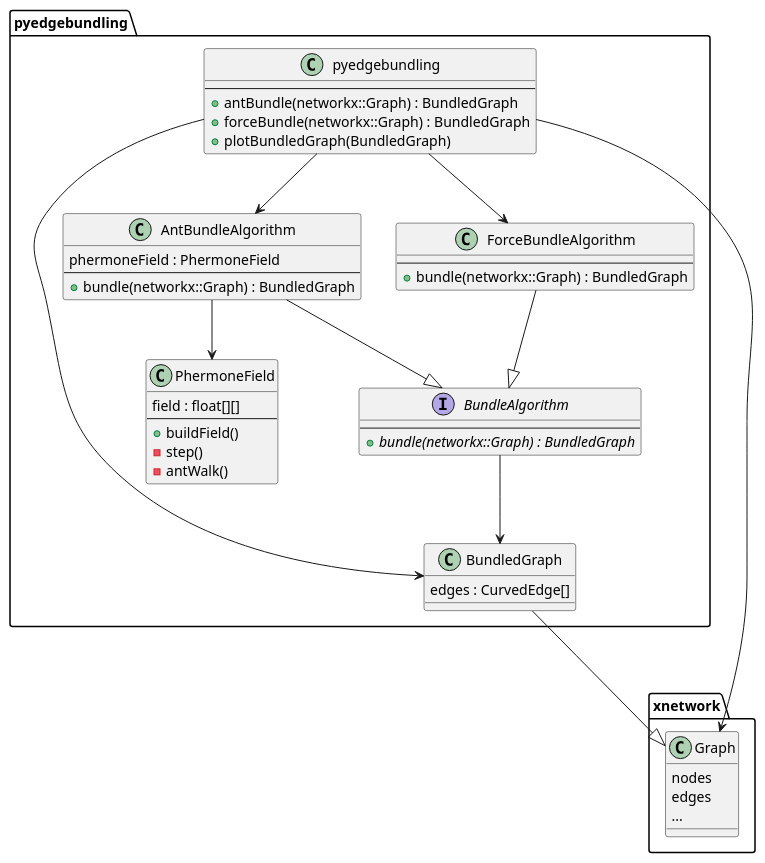
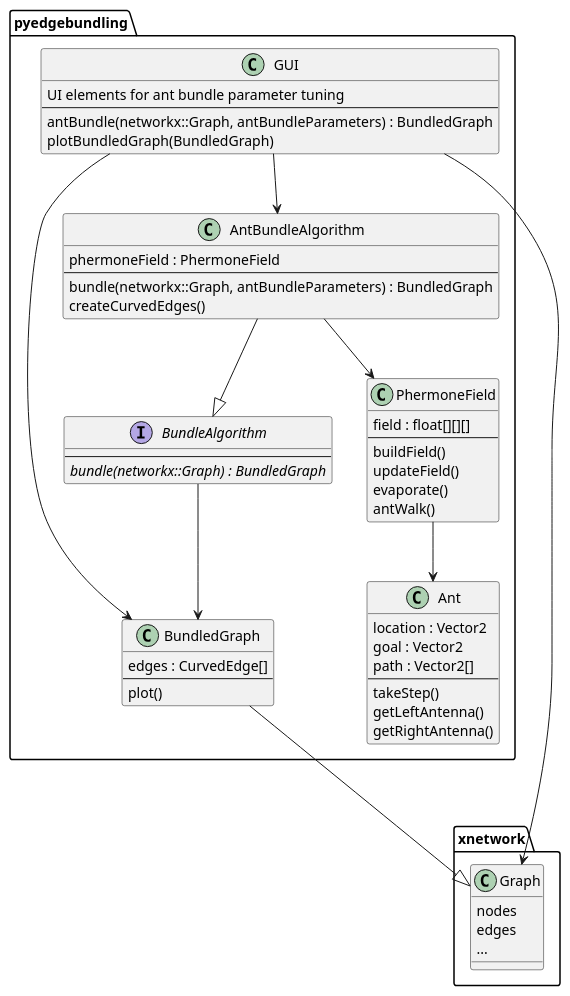
Before and after one commit to dpvdberg/pyedgebundle: the diagram in UML/pyedgebundle.puml, drawn with PlantUML.

Commit message:
Change UML

```diff
--- a/UML/pyedgebundle.puml
+++ b/UML/pyedgebundle.puml
@@ -1,63 +1,71 @@
 @startuml
 
 package xnetwork {
     class "Graph" as xgraph {
         nodes
         edges
         ...
     }
 }
 
 package "pyedgebundling" as ppeb {
-    class "pyedgebundling" as peb {
+    class "GUI" as gui {
+        UI elements for ant bundle parameter tuning
         --
-        +antBundle(networkx::Graph) : BundledGraph
-        +forceBundle(networkx::Graph) : BundledGraph
-        +plotBundledGraph(BundledGraph)
+        antBundle(networkx::Graph, antBundleParameters) : BundledGraph
+        plotBundledGraph(BundledGraph)
     }
 
     class "BundledGraph" as bg {
         edges : CurvedEdge[]
+        --
+        plot()
     }
 
     interface "BundleAlgorithm" as ba {
         --
-        +{abstract} bundle(networkx::Graph) : BundledGraph
+        {abstract} bundle(networkx::Graph) : BundledGraph
     }
 
     class "AntBundleAlgorithm" as aba {
         phermoneField : PhermoneField
         --
-        +bundle(networkx::Graph) : BundledGraph
-    }
-
-    class "ForceBundleAlgorithm" as fba {
-        --
-        +bundle(networkx::Graph) : BundledGraph
+        bundle(networkx::Graph, antBundleParameters) : BundledGraph
+        createCurvedEdges()
     }
 
     class "PhermoneField" as pf {
-        field : float[][]
+        field : float[][][]
         --
-        +buildField()
-        -step()
-        -antWalk()
+        buildField()
+        updateField()
+        evaporate()
+        antWalk()
+    }
+
+    class Ant {
+        location : Vector2
+        goal : Vector2
+        path : Vector2[]
+        --
+        takeStep()
+        getLeftAntenna()
+        getRightAntenna()
     }
 }
 
-peb --> aba
-peb --> fba
+gui --> aba
 
 aba --|> ba
-fba --|> ba
-
 aba --> pf
 
-peb --> bg
+pf --> Ant
+
+gui --> bg
 ba --> bg
 
-peb ---> xgraph
+gui ---> xgraph
 bg ---|> xgraph
 
 
 @enduml
```
